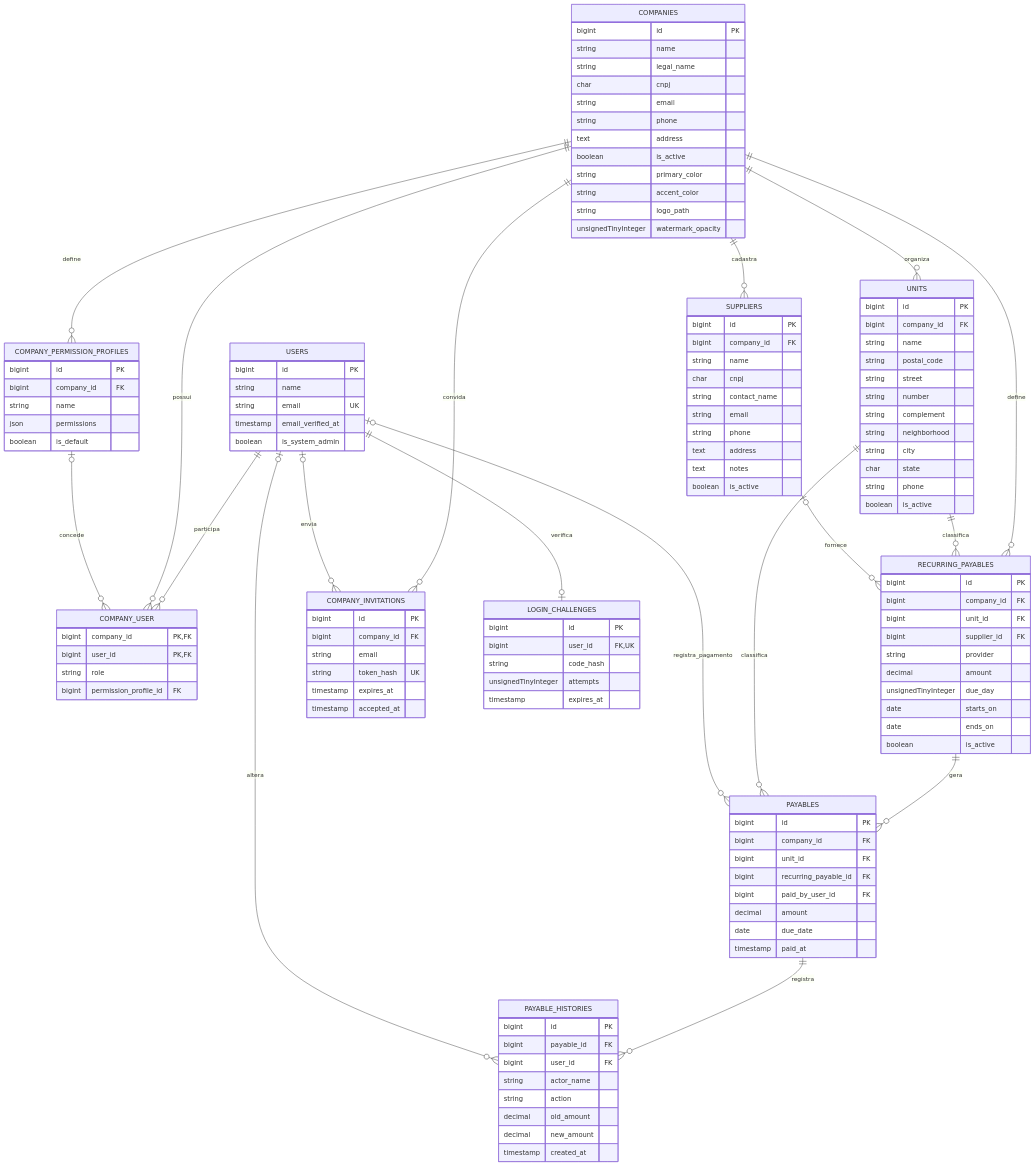
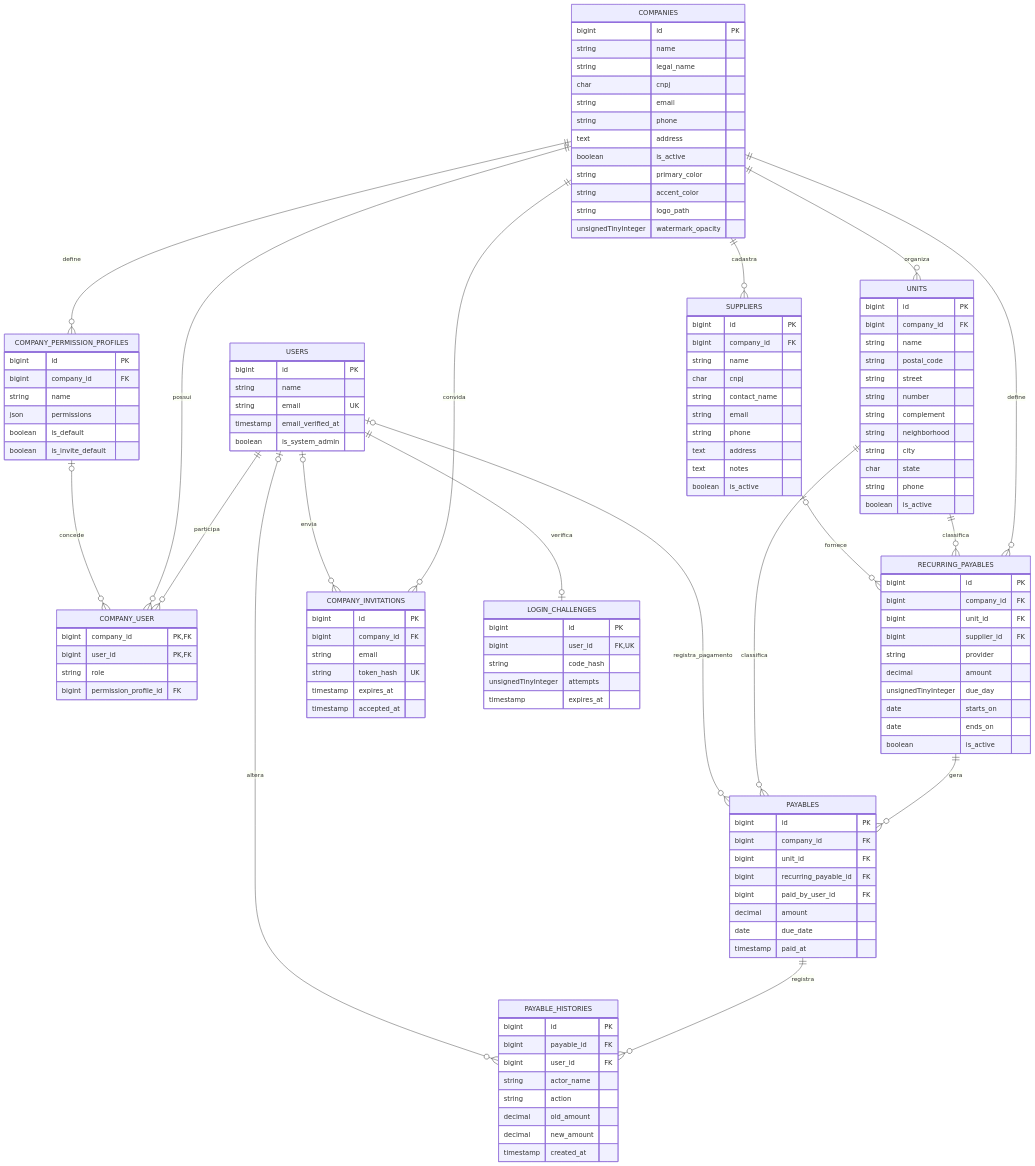
One commit to DouglasL9/FinControl changed the second of 4 diagrams in docs/PROJETO.md. Above: the diagram before and after it, drawn with Mermaid. The commit also changed other lines of this file and 48 other files, not shown here.

```diff
--- a/docs/PROJETO.md
+++ b/docs/PROJETO.md
@@ -297,6 +303,7 @@
         string name
         json permissions
         boolean is_default
+        boolean is_invite_default
     }
     UNITS {
         bigint id PK
```
